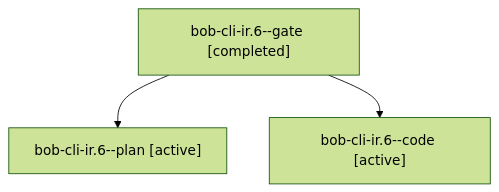
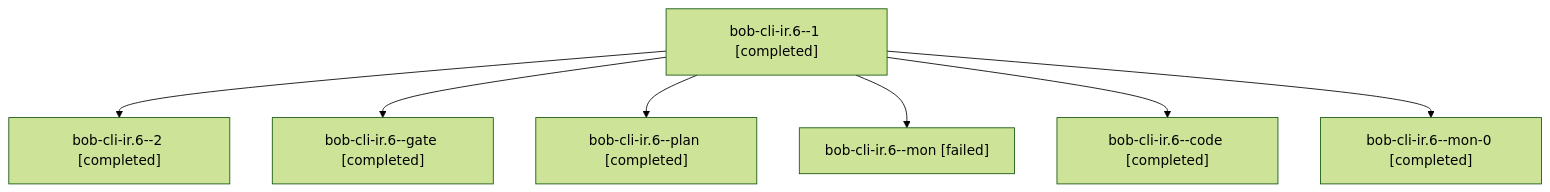
Before and after one commit to bobs-org/bob-cli--agents: the diagram in sessions/bbugyi200.athena.bob-cli-ir.6.md, drawn with Mermaid (forest theme). The commit also changed other lines of this file and 87 other files, not shown here.

````diff
--- a/sessions/bbugyi200.athena.bob-cli-ir.6.md
+++ b/sessions/bbugyi200.athena.bob-cli-ir.6.md
@@ -9,8 +9,16 @@
 ```mermaid
 flowchart TD
-  n0["bob-cli-ir.6--gate [completed]"]
-  n1["bob-cli-ir.6--plan [active]"]
+  n0["bob-cli-ir.6--1 [completed]"]
+  n1["bob-cli-ir.6--2 [completed]"]
   n0 --> n1
-  n2["bob-cli-ir.6--code [active]"]
+  n2["bob-cli-ir.6--gate [completed]"]
   n0 --> n2
+  n3["bob-cli-ir.6--plan [completed]"]
+  n0 --> n3
+  n4["bob-cli-ir.6--mon [failed]"]
+  n0 --> n4
+  n5["bob-cli-ir.6--code [completed]"]
+  n0 --> n5
+  n6["bob-cli-ir.6--mon-0 [completed]"]
+  n0 --> n6
 ```
````
